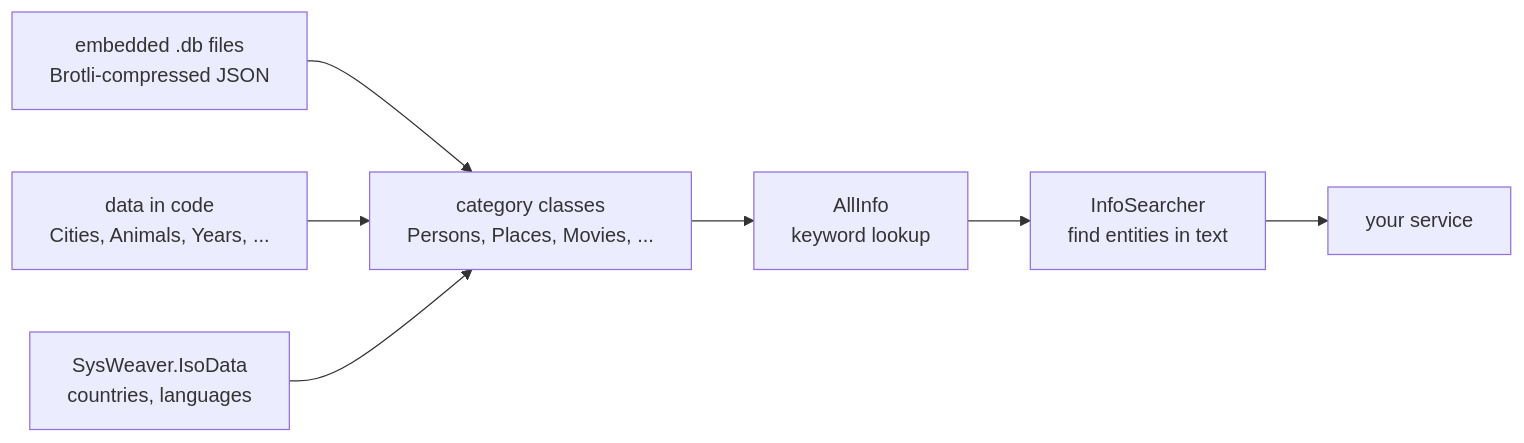
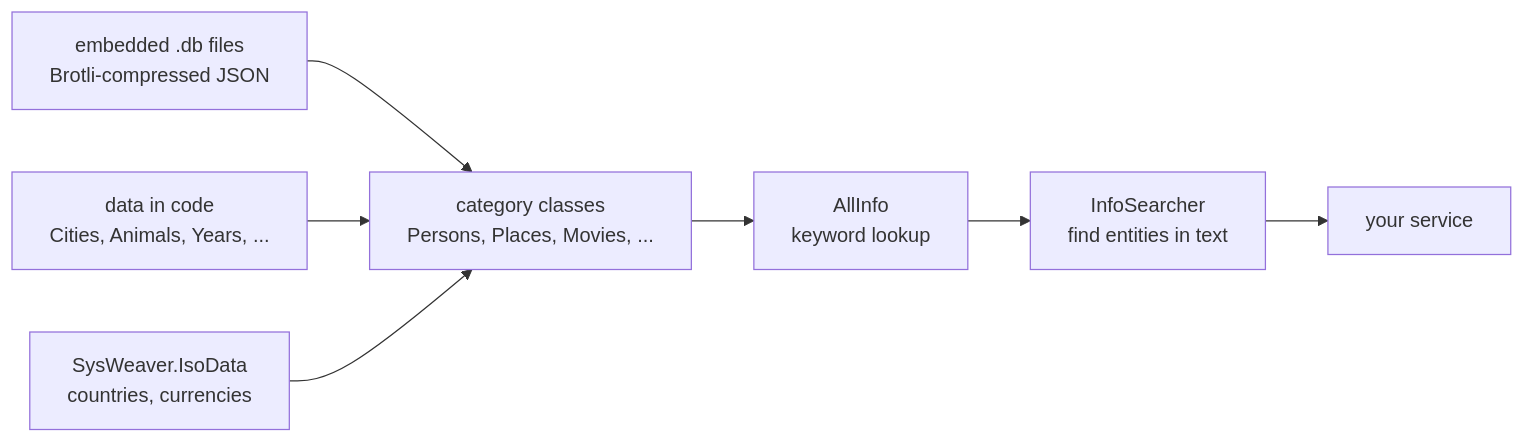
One commit to dosh1974/SysWeaver changed the diagram in SysWeaver.Knowledge/README.md. Above: the diagram before and after it, drawn with Mermaid. The commit also changed other lines of this file and 324 other files, not shown here.

````diff
--- a/SysWeaver.Knowledge/README.md
+++ b/SysWeaver.Knowledge/README.md
@@ -18,9 +18,9 @@
 ```mermaid
 flowchart LR
   DB["embedded .db files<br/>Brotli-compressed JSON"] --> Load["category classes<br/>Persons, Places, Movies, ..."]
   Code["data in code<br/>Cities, Animals, Years, ..."] --> Load
-  Iso["SysWeaver.IsoData<br/>countries, languages"] --> Load
+  Iso["SysWeaver.IsoData<br/>countries, currencies"] --> Load
   Load --> All["AllInfo<br/>keyword lookup"]
   All --> Search["InfoSearcher<br/>find entities in text"]
   Search --> Consumer["your service"]
 ```
````
